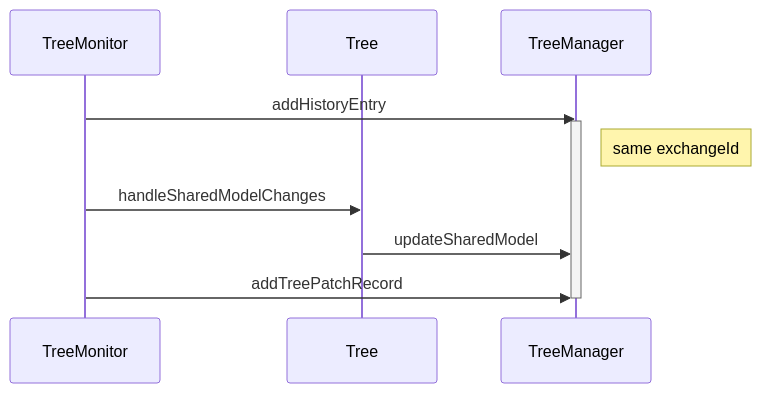
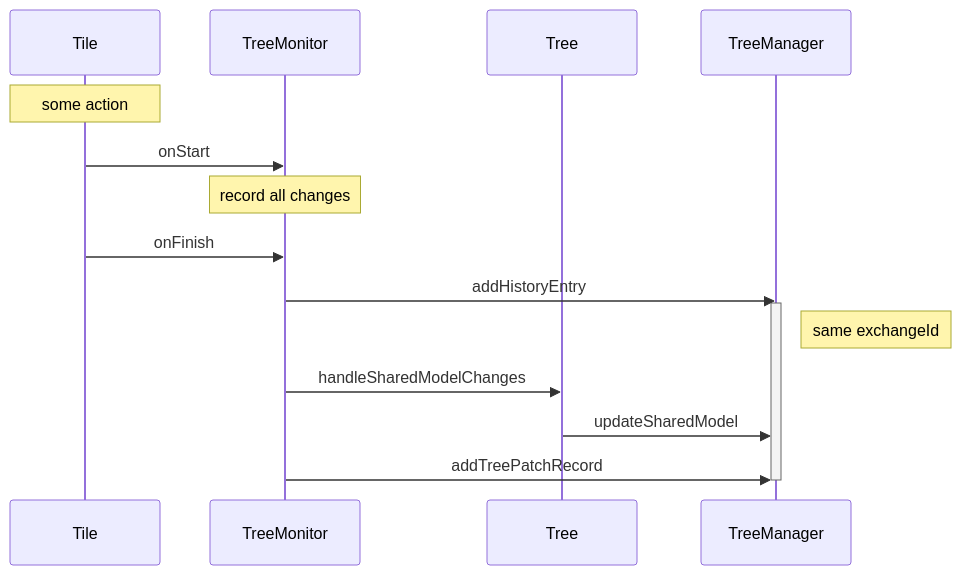
One commit to concord-consortium/collaborative-learning changed the fifth of 6 diagrams in docs/history-framework.md. Above: the diagram before and after it, drawn with Mermaid. The commit also changed other lines of this file and 7 other files, not shown here.

First line of the commit message:
convert handleSharedModelChanges to flow

````diff
--- a/docs/history-framework.md
+++ b/docs/history-framework.md
@@ -156,13 +156,18 @@
 ```mermaid
 sequenceDiagram
+  participant Tile
   participant TreeMonitor
   participant Tree
   participant TreeManager
+  Note over Tile: some action
+  Tile->>TreeMonitor: onStart
+  Note over TreeMonitor: record all changes 
+  Tile->>TreeMonitor: onFinish
   TreeMonitor->>TreeManager: addHistoryEntry
   activate TreeManager
   Note right of TreeManager: same exchangeId 
   TreeMonitor->>Tree: handleSharedModelChanges
   Tree->>TreeManager: updateSharedModel
   TreeMonitor->>TreeManager: addTreePatchRecord
   deactivate TreeManager
 ```
````
